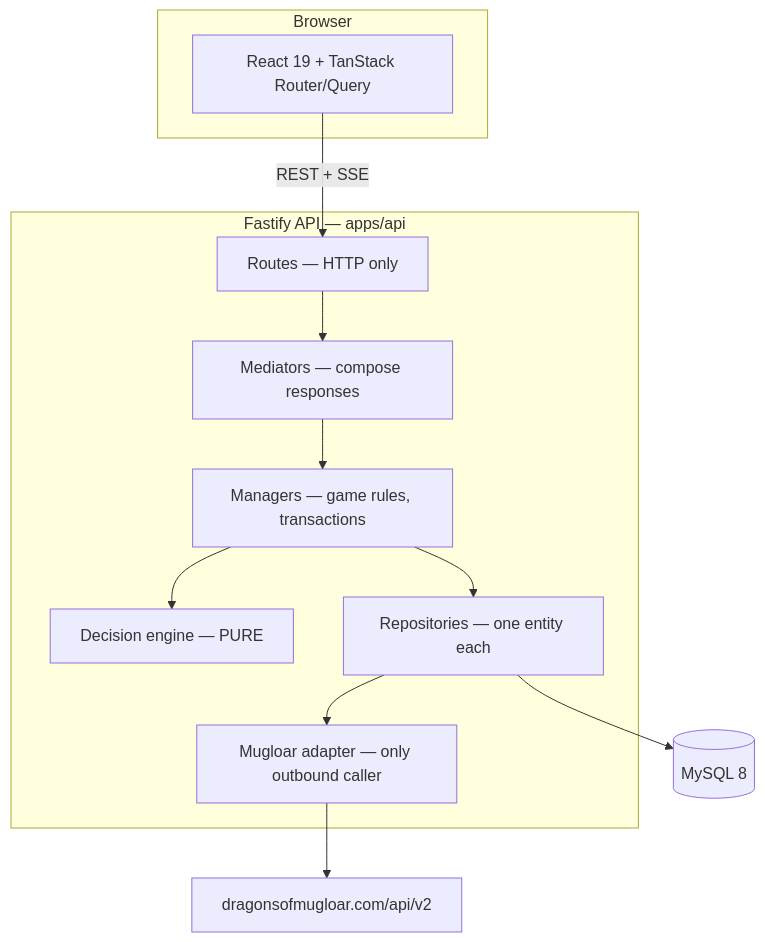
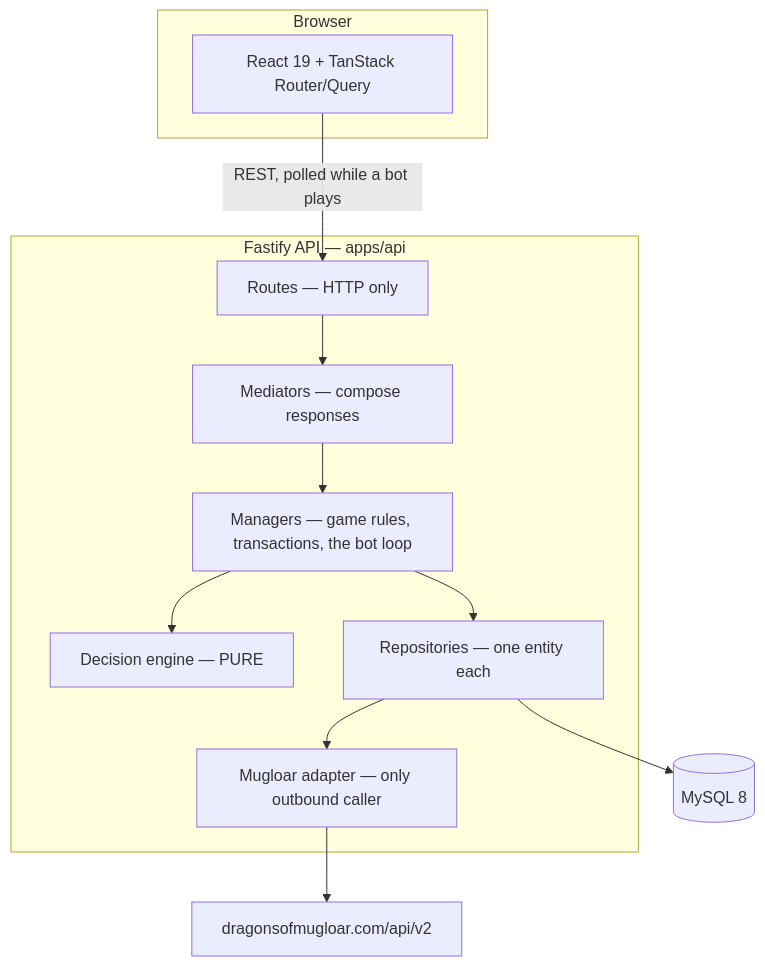
The diagram in docs/agent_docs/architecture.md (eazygood/dragons_game), drawn with Mermaid before and after one commit. The commit also changed other lines of this file and 7 other files, not shown here.

````diff
--- a/docs/agent_docs/architecture.md
+++ b/docs/agent_docs/architecture.md
@@ -8,24 +9,24 @@
 ```mermaid
 flowchart TB
     subgraph browser["Browser"]
         UI["React 19 + TanStack Router/Query"]
     end
 
     subgraph api["Fastify API — apps/api"]
         R["Routes — HTTP only"]
         MED["Mediators — compose responses"]
-        MAN["Managers — game rules, transactions"]
+        MAN["Managers — game rules, transactions, the bot loop"]
         ENG["Decision engine — PURE"]
         REPO["Repositories — one entity each"]
         ADP["Mugloar adapter — only outbound caller"]
     end
 
     DB[("MySQL 8")]
     EXT["dragonsofmugloar.com/api/v2"]
 
-    UI -->|"REST + SSE"| R
+    UI -->|"REST, polled while a bot plays"| R
     R --> MED --> MAN
     MAN --> ENG
     MAN --> REPO --> DB
     REPO --> ADP --> EXT
 ```
````
